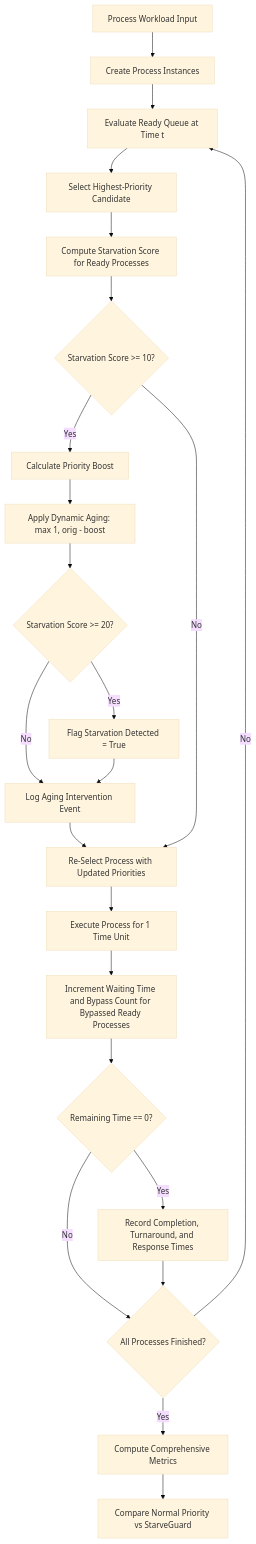
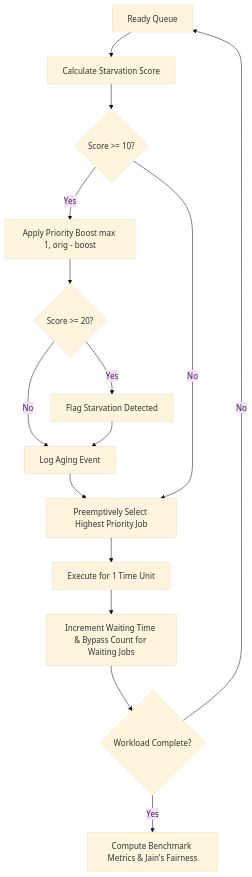
The diagram in README.md (ujvall/StarveGuard), drawn with Mermaid (base theme) before and after one commit. The commit also changed other lines of this file, not shown here.

````diff
--- a/README.md
+++ b/README.md
@@ -68,25 +22,17 @@
 ```mermaid
 flowchart TD
-    A[Process Workload Input] --> B[Create Process Instances]
-    B --> C[Evaluate Ready Queue at Time t]
-    C --> D[Select Highest-Priority Candidate]
-    D --> E[Compute Starvation Score for Ready Processes]
-    E --> F{Starvation Score >= 10?}
-    F -->|Yes| G[Calculate Priority Boost]
-    G --> H[Apply Dynamic Aging: max 1, orig - boost]
-    H --> I{Starvation Score >= 20?}
-    I -->|Yes| J[Flag Starvation Detected = True]
-    I -->|No| K[Log Aging Intervention Event]
-    J --> K
-    K --> L[Re-Select Process with Updated Priorities]
-    F -->|No| L
-    L --> M[Execute Process for 1 Time Unit]
-    M --> N[Increment Waiting Time and Bypass Count for Bypassed Ready Processes]
-    N --> O{Remaining Time == 0?}
-    O -->|Yes| P[Record Completion, Turnaround, and Response Times]
-    O -->|No| Q{All Processes Finished?}
-    P --> Q
-    Q -->|No| C
-    Q -->|Yes| R[Compute Comprehensive Metrics]
-    R --> S[Compare Normal Priority vs StarveGuard]
+    A[Ready Queue] --> B[Calculate Starvation Score]
+    B --> C{Score >= 10?}
+    C -->|Yes| D[Apply Priority Boost max 1, orig - boost]
+    D --> E{Score >= 20?}
+    E -->|Yes| F[Flag Starvation Detected]
+    E -->|No| G[Log Aging Event]
+    F --> G
+    G --> H[Preemptively Select Highest Priority Job]
+    C -->|No| H
+    H --> I[Execute for 1 Time Unit]
+    I --> J[Increment Waiting Time & Bypass Count for Waiting Jobs]
+    J --> K{Workload Complete?}
+    K -->|No| A
+    K -->|Yes| L[Compute Benchmark Metrics & Jain's Fairness]
 ```
````
